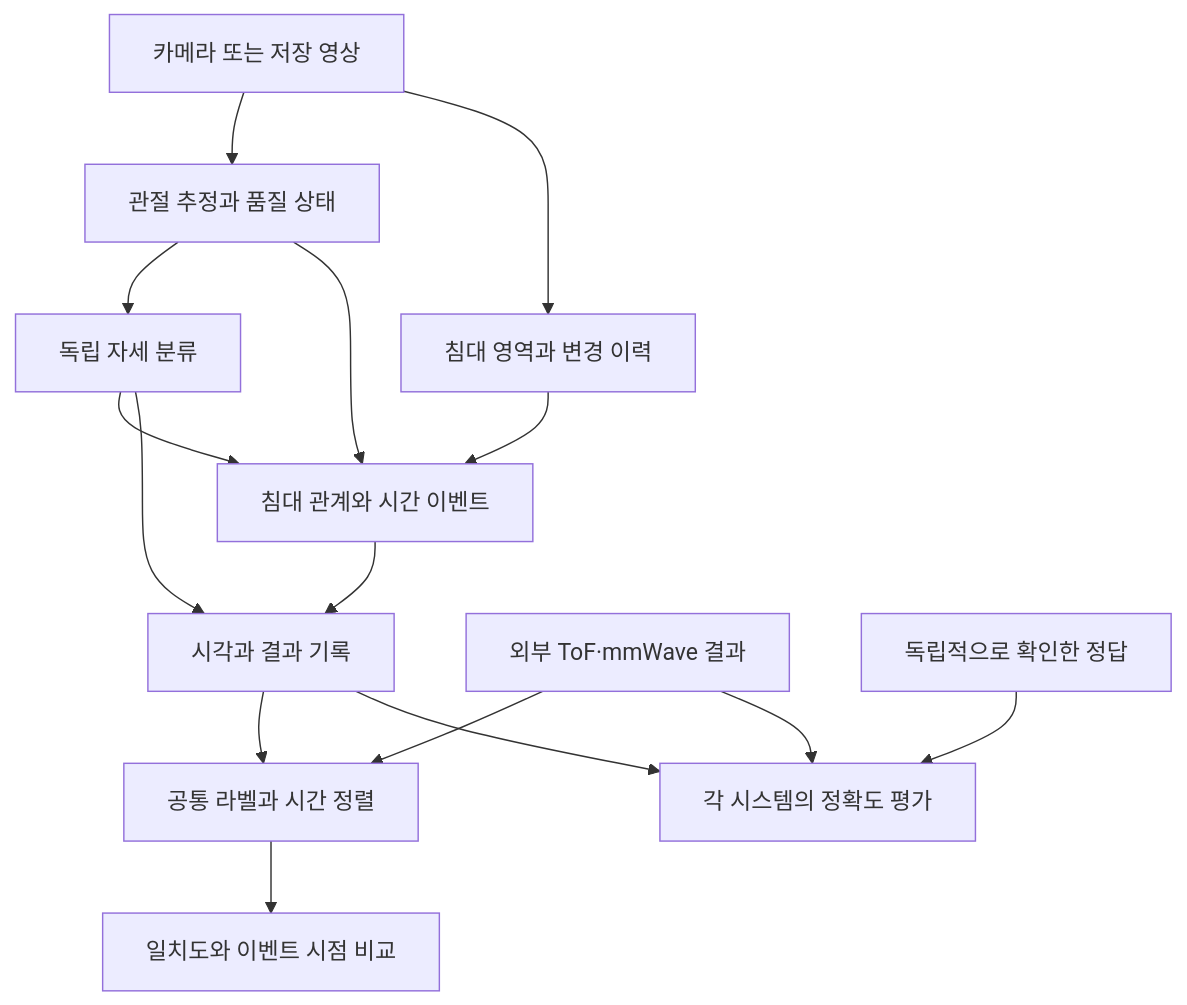
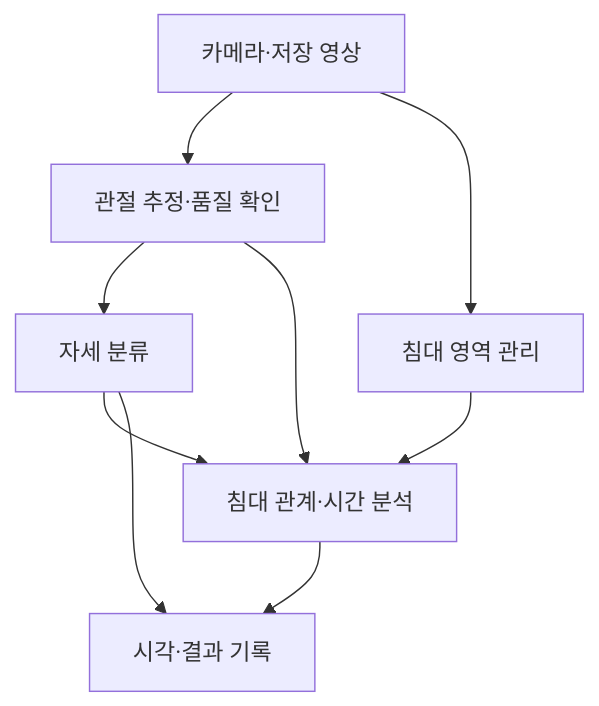
Before and after one commit to zntks1234/bed-pose-skeleton-ai: the first of 2 diagrams in docs/ARCHITECTURE.md, drawn with Mermaid. The commit also changed other lines of this file and 12 other files, not shown here.

````diff
--- a/docs/ARCHITECTURE.md
+++ b/docs/ARCHITECTURE.md
@@ -7,17 +11,11 @@
 ```mermaid
 flowchart TD
-    A["카메라 또는 저장 영상"] --> B["관절 추정과 품질 상태"]
-    A --> C["침대 영역과 변경 이력"]
-    B --> D["독립 자세 분류"]
-    C --> E["침대 관계와 시간 이벤트"]
-    B --> E
+    A["카메라·저장 영상"] --> B["관절 추정·품질 확인"]
+    A --> C["침대 영역 관리"]
+    B --> D["자세 분류"]
+    B --> E["침대 관계·시간 분석"]
+    C --> E
     D --> E
-    D --> F["시각과 결과 기록"]
+    D --> F["시각·결과 기록"]
     E --> F
-    G["외부 ToF·mmWave 결과"] --> H["공통 라벨과 시간 정렬"]
-    F --> H
-    H --> I["일치도와 이벤트 시점 비교"]
-    J["독립적으로 확인한 정답"] --> K["각 시스템의 정확도 평가"]
-    F --> K
-    G --> K
 ```
````
